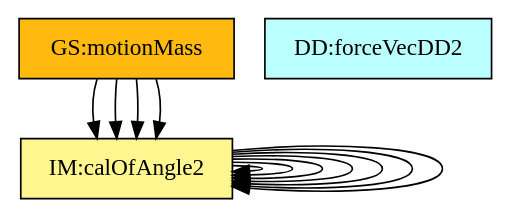
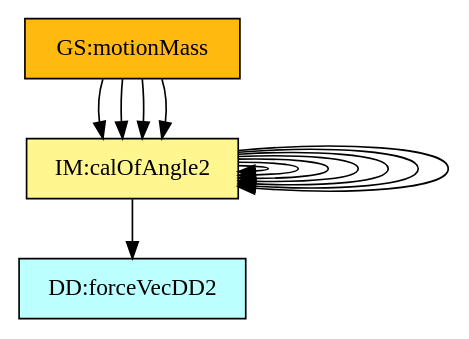
Before and after one commit to JacquesCarette/Drasil: the diagram in code/stable/dblpend/TraceyGraph/allvsall.dot, drawn with Graphviz. The commit also changed 9 other files, not shown here.

```diff
--- a/code/stable/dblpend/TraceyGraph/allvsall.dot
+++ b/code/stable/dblpend/TraceyGraph/allvsall.dot
@@ -1,87 +1,88 @@
 digraph allvsall {
+	theory:v_mv1 -> dataDefn:p_1;
 	theory:angleIM1 -> theory:angleIM2;
 	theory:angleIM2 -> theory:a_mv1;
 	theory:angleIM2 -> theory:a_mv2;
 	theory:angleIM2 -> theory:F_mv1;
 	theory:angleIM2 -> theory:F_mv2;
 	theory:angleIM2 -> theory:angleIM1;
 	theory:angleIM2 -> theory:angleIM2;
 	instance:calcAng -> theory:angleIM1;
 	instance:calcAng -> theory:angleIM2;
 	instance:outputValues -> theory:angleIM1;
 	instance:outputValues -> theory:angleIM2;
 
 
 	instance:twoDMotion	[shape=box, color=black, style=filled, fillcolor=mistyrose, label="A:twoDMotion"];
 	instance:cartSys	[shape=box, color=black, style=filled, fillcolor=mistyrose, label="A:cartSys"];
 	instance:cartSysR	[shape=box, color=black, style=filled, fillcolor=mistyrose, label="A:cartSysR"];
 	instance:yAxisDir	[shape=box, color=black, style=filled, fillcolor=mistyrose, label="A:yAxisDir"];
 
 	subgraph A {
 	rank="same"
 	{instance:twoDMotion, instance:cartSys, instance:cartSysR, instance:yAxisDir}
 	}
 
 	dataDefn:p_1	[shape=box, color=black, style=filled, fillcolor=paleturquoise1, label="DD:positionVecDD1"];
 	dataDefn:p_2	[shape=box, color=black, style=filled, fillcolor=paleturquoise1, label="DD:positionVecDD2"];
 	dataDefn:v_mv1	[shape=box, color=black, style=filled, fillcolor=paleturquoise1, label="DD:velocityVecDD1"];
 	dataDefn:v_mv2	[shape=box, color=black, style=filled, fillcolor=paleturquoise1, label="DD:velocityVecDD2"];
 	dataDefn:a_mv1	[shape=box, color=black, style=filled, fillcolor=paleturquoise1, label="DD:accelVecDD1"];
 	dataDefn:a_mv2	[shape=box, color=black, style=filled, fillcolor=paleturquoise1, label="DD:accelVecDD2"];
 	dataDefn:F_mv1	[shape=box, color=black, style=filled, fillcolor=paleturquoise1, label="DD:forceVecDD1"];
 	dataDefn:F_mv2	[shape=box, color=black, style=filled, fillcolor=paleturquoise1, label="DD:forceVecDD2"];
 
 	subgraph DD {
 	rank="same"
 	{dataDefn:p_1, dataDefn:p_2, dataDefn:v_mv1, dataDefn:v_mv2, dataDefn:a_mv1, dataDefn:a_mv2, dataDefn:F_mv1, dataDefn:F_mv2}
 	}
 
 	theory:accelerationTM	[shape=box, color=black, style=filled, fillcolor=pink, label="TM:acceleration"];
 	theory:velocityTM	[shape=box, color=black, style=filled, fillcolor=pink, label="TM:velocity"];
 	theory:newtonSL	[shape=box, color=black, style=filled, fillcolor=pink, label="TM:NewtonSecLawMot"];
 
 	subgraph TM {
 	rank="same"
 	{theory:accelerationTM, theory:velocityTM, theory:newtonSL}
 	}
 
 	theory:v_mv1	[shape=box, color=black, style=filled, fillcolor=palegreen, label="GD:velocityVector1"];
 	theory:v_mv2	[shape=box, color=black, style=filled, fillcolor=palegreen, label="GD:velocityVector2"];
 	theory:a_mv1	[shape=box, color=black, style=filled, fillcolor=palegreen, label="GD:accelerationVector1"];
 	theory:a_mv2	[shape=box, color=black, style=filled, fillcolor=palegreen, label="GD:accelerationVector2"];
 	theory:F_mv1	[shape=box, color=black, style=filled, fillcolor=palegreen, label="GD:forceVector1"];
 	theory:F_mv2	[shape=box, color=black, style=filled, fillcolor=palegreen, label="GD:forceVector2"];
 
 	subgraph GD {
 	rank="same"
 	{theory:v_mv1, theory:v_mv2, theory:a_mv1, theory:a_mv2, theory:F_mv1, theory:F_mv2}
 	}
 
 	theory:angleIM1	[shape=box, color=black, style=filled, fillcolor=khaki1, label="IM:calOfAngle1"];
 	theory:angleIM2	[shape=box, color=black, style=filled, fillcolor=khaki1, label="IM:calOfAngle2"];
 
 	subgraph IM {
 	rank="same"
 	{theory:angleIM1, theory:angleIM2}
 	}
 
 	instance:correct	[shape=box, color=black, style=filled, fillcolor=ivory, label="NFR:correct"];
 	instance:portable	[shape=box, color=black, style=filled, fillcolor=ivory, label="NFR:portable"];
 	instance:inputValues	[shape=box, color=black, style=filled, fillcolor=ivory, label="FR:inputValues"];
 	instance:verifyInptVals	[shape=box, color=black, style=filled, fillcolor=ivory, label="FR:verifyInptVals"];
 	instance:calcAng	[shape=box, color=black, style=filled, fillcolor=ivory, label="FR:calcAng"];
 	instance:outputValues	[shape=box, color=black, style=filled, fillcolor=ivory, label="FR:outputValues"];
 
 	subgraph NFR {
 	rank="same"
 	{instance:correct, instance:portable, instance:inputValues, instance:verifyInptVals, instance:calcAng, instance:outputValues}
 	}
 
 	instance:motionMass	[shape=box, color=black, style=filled, fillcolor=darkgoldenrod1, label="GS:motionMass"];
 
 	subgraph GS {
 	rank="same"
 	{instance:motionMass}
 	}
 
 }
```
